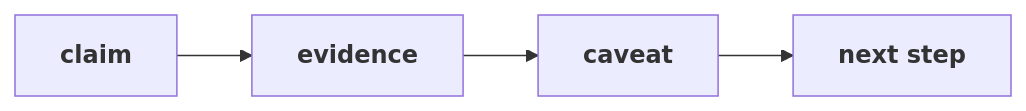
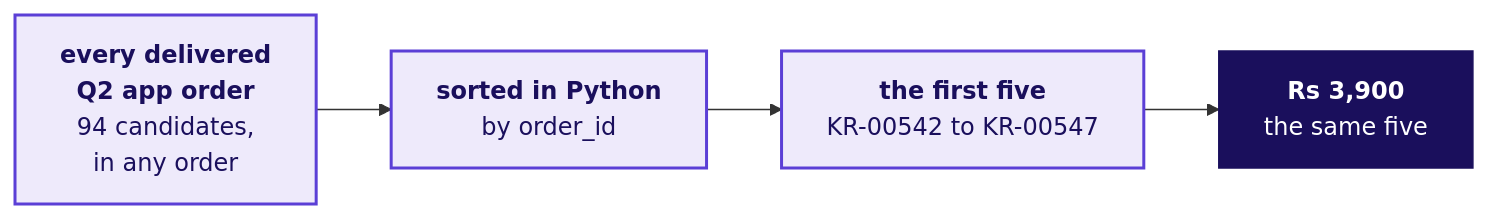
The fourth of 8 diagrams in content/W02/D1/slides/C2_W02_D01_half2_STUDENT.md (fde-academy-lab/c2-content-factory), drawn with Mermaid before and after one commit. The commit also changed other lines of this file and 3 other files, not shown here.

````diff
--- a/content/W02/D1/slides/C2_W02_D01_half2_STUDENT.md
+++ b/content/W02/D1/slides/C2_W02_D01_half2_STUDENT.md
@@ -194,4 +300,10 @@
 ```mermaid
 flowchart LR
-    C["<b>claim</b>"] --> E["<b>evidence</b>"] --> V["<b>caveat</b>"] --> N["<b>next step</b>"]
+    A["<b>every delivered<br/>Q2 app order</b><br/>94 candidates,<br/>in any order"] --> B["<b>sorted in Python</b><br/>by order_id"]
+    B --> C["<b>the first five</b><br/>KR-00542 to KR-00547"]
+    C --> D["<b>Rs 3,900</b><br/>the same five"]
+    classDef known fill:#EEEAFB,stroke:#5B3FD6,color:#1A0F5C,stroke-width:2px
+    classDef bet fill:#1A0F5C,stroke:#1A0F5C,color:#FFFFFF
+    class A,B,C known
+    class D bet
 ```
````
